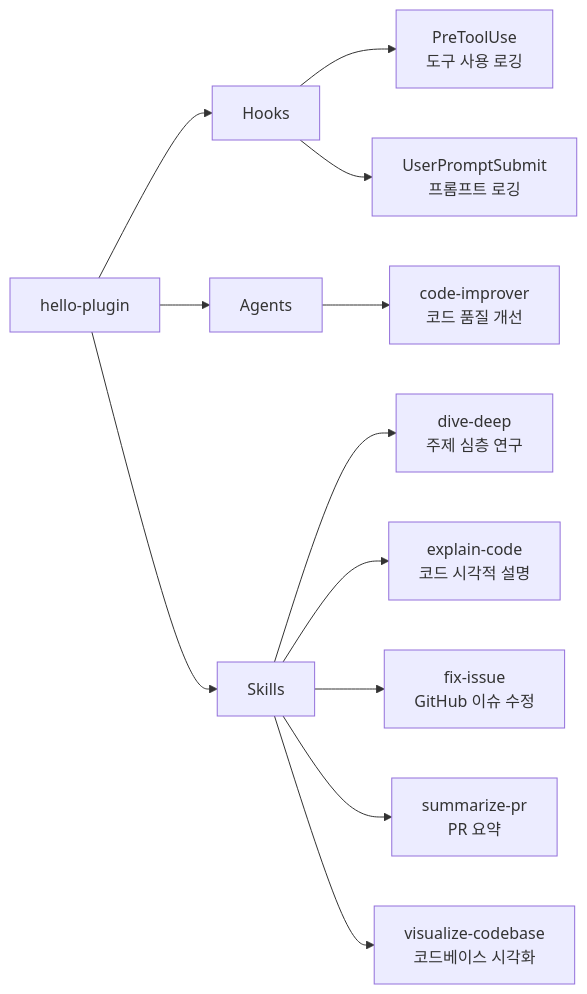
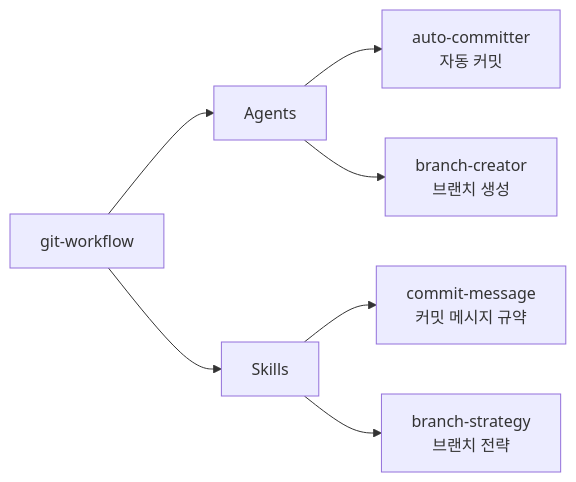
Before and after one commit to iamhoonse-dev/hoonse-claude-plugins: the diagram in plugins/technical-writing/skills/plugin-readme-structure/SKILL.md, drawn with Mermaid. The commit also changed 22 other files, not shown here.

First line of the commit message:
chore: hello-plugin 마켓플레이스 전체 제거

````diff
--- a/plugins/technical-writing/skills/plugin-readme-structure/SKILL.md
+++ b/plugins/technical-writing/skills/plugin-readme-structure/SKILL.md
@@ -35,17 +35,11 @@
       ```mermaid
       graph LR
-       A[hello-plugin] --> B[Hooks]
-       A --> C[Agents]
-       A --> D[Skills]
+       A[git-workflow] --> B[Agents]
+       A --> C[Skills]
 
-       C --> D1[code-improver<br/>코드 품질 개선]
+       B --> B1[auto-committer<br/>자동 커밋]
+       B --> B2[branch-creator<br/>브랜치 생성]
 
-       D --> B1[dive-deep<br/>주제 심층 연구]
-       D --> B2[explain-code<br/>코드 시각적 설명]
-       D --> B3[fix-issue<br/>GitHub 이슈 수정]
-       D --> B4[summarize-pr<br/>PR 요약]
-       D --> B5[visualize-codebase<br/>코드베이스 시각화]
-
-       B --> C1[PreToolUse<br/>도구 사용 로깅]
-       B --> C2[UserPromptSubmit<br/>프롬프트 로깅]
+       C --> C1[commit-message<br/>커밋 메시지 규약]
+       C --> C2[branch-strategy<br/>브랜치 전략]
       ```
````
